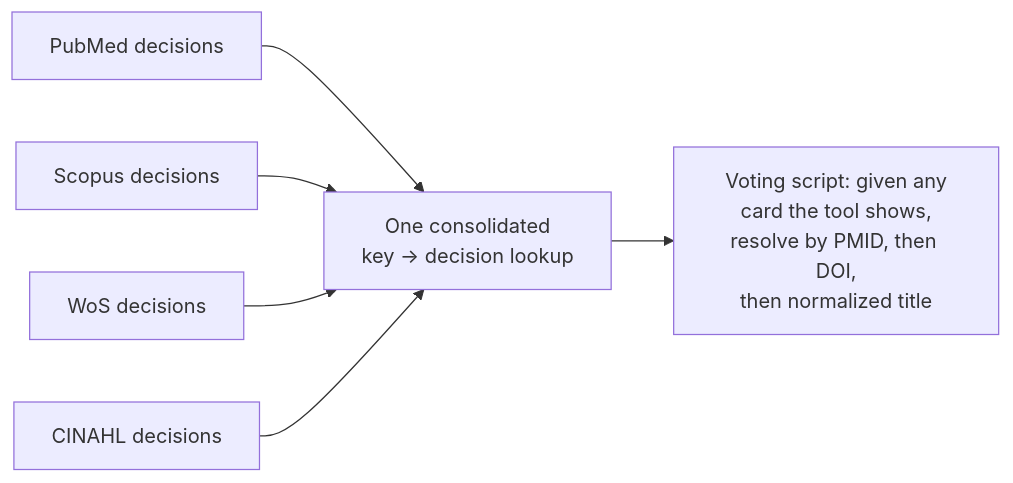
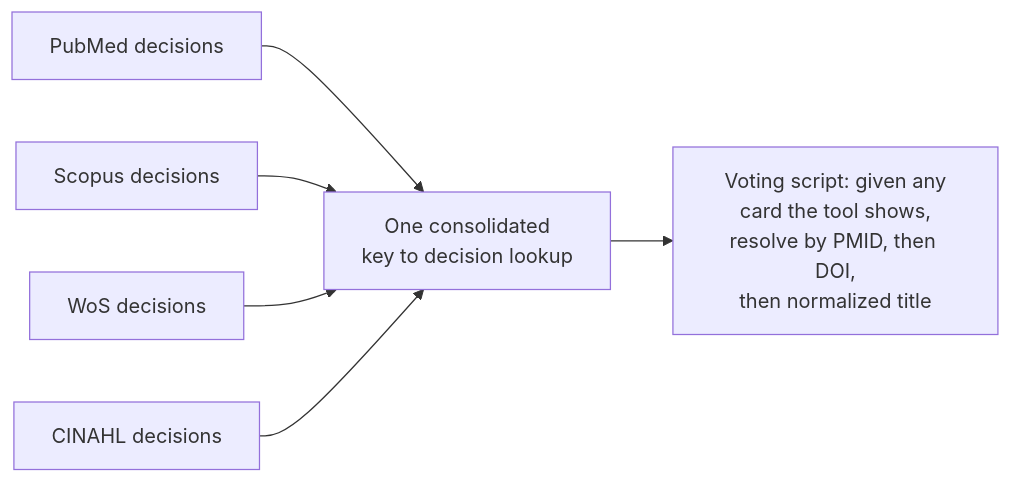
One commit to barah123/Sytematic-review-search-strategy-for-popular-databases changed the third of 3 diagrams in dedup-strategies.md. Above: the diagram before and after it, drawn with Mermaid. The commit also changed other lines of this file and 6 other files, not shown here.

````diff
--- a/dedup-strategies.md
+++ b/dedup-strategies.md
@@ -87,8 +88,8 @@
 ```mermaid
 flowchart LR
-    A[PubMed decisions] --> E[One consolidated\nkey → decision lookup]
+    A[PubMed decisions] --> E[One consolidated\nkey to decision lookup]
     B[Scopus decisions] --> E
     C[WoS decisions] --> E
     D[CINAHL decisions] --> E
     E --> F[Voting script: given any\ncard the tool shows,\nresolve by PMID, then DOI,\nthen normalized title]
 ```
````
